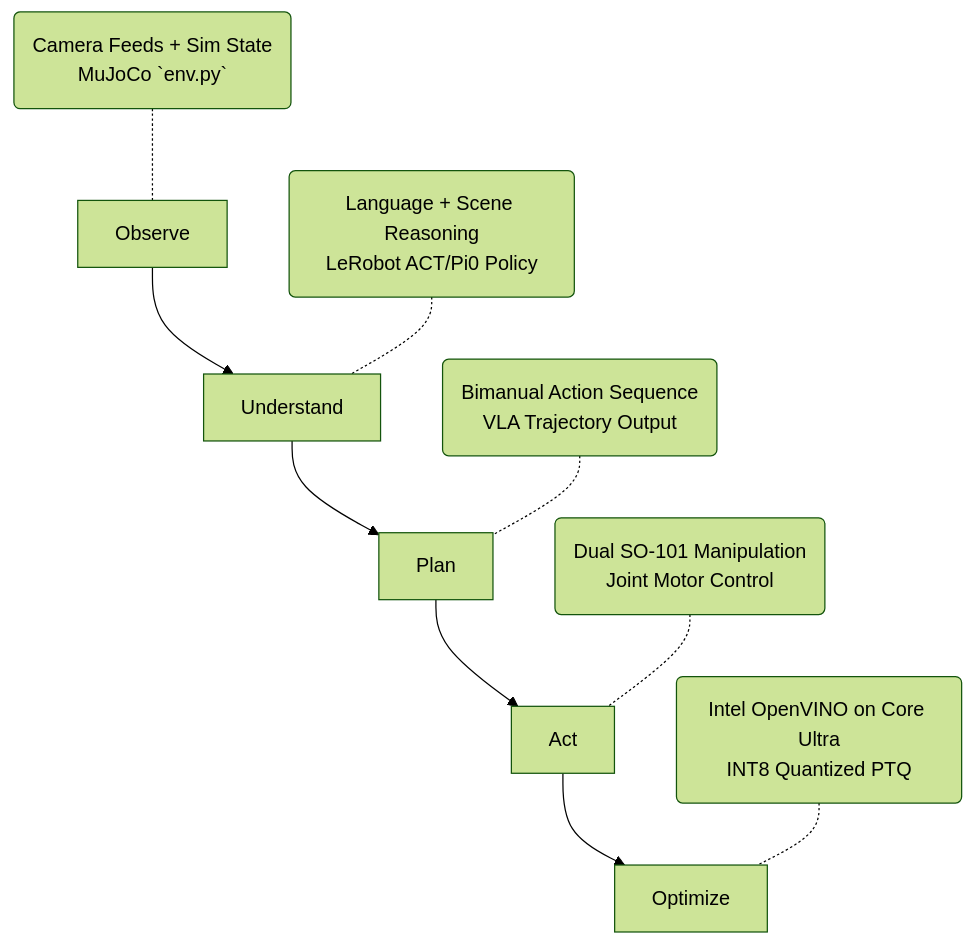
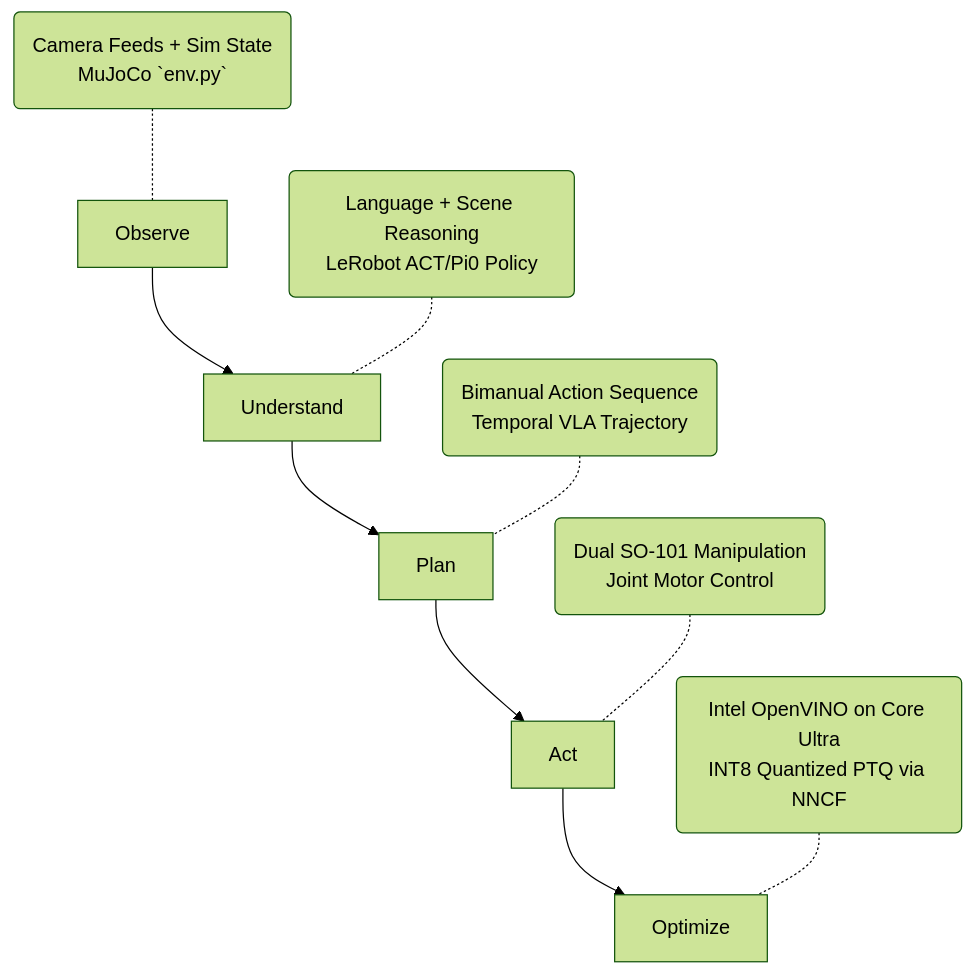
Before and after one commit to shambhushekharsinha-engg/sentineledge-core: the diagram in README.md, drawn with Mermaid (forest theme). The commit also changed other lines of this file, not shown here.

````diff
--- a/README.md
+++ b/README.md
@@ -13,13 +36,13 @@
 ```mermaid
 graph TD
     A[Observe] --> B[Understand]
     B --> C[Plan]
     C --> D[Act]
     D --> E[Optimize]
 
     A_desc(Camera Feeds + Sim State<br/>MuJoCo `env.py`) -.- A
     B_desc(Language + Scene Reasoning<br/>LeRobot ACT/Pi0 Policy) -.- B
-    C_desc(Bimanual Action Sequence<br/>VLA Trajectory Output) -.- C
+    C_desc(Bimanual Action Sequence<br/>Temporal VLA Trajectory) -.- C
     D_desc(Dual SO-101 Manipulation<br/>Joint Motor Control) -.- D
-    E_desc(Intel OpenVINO on Core Ultra<br/>INT8 Quantized PTQ) -.- E
+    E_desc(Intel OpenVINO on Core Ultra<br/>INT8 Quantized PTQ via NNCF) -.- E
 ```
````
